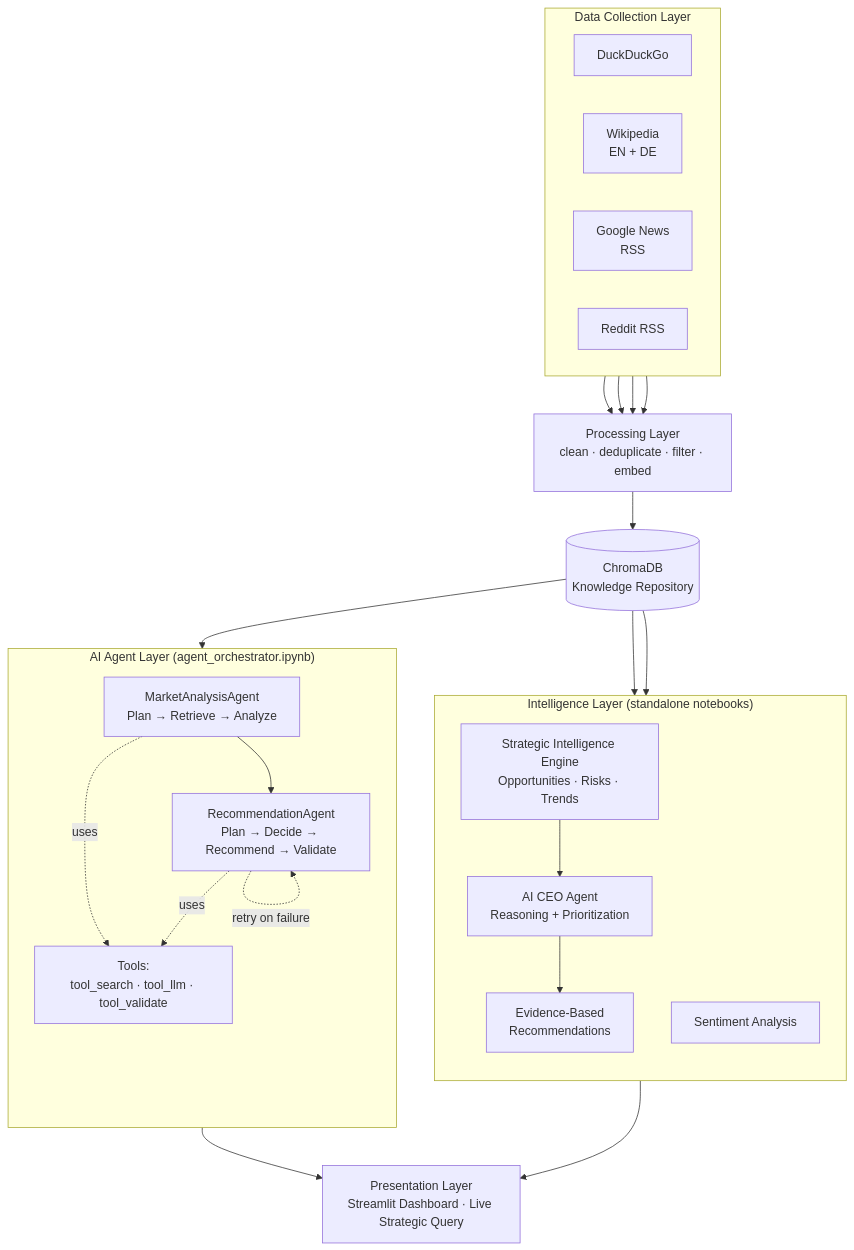
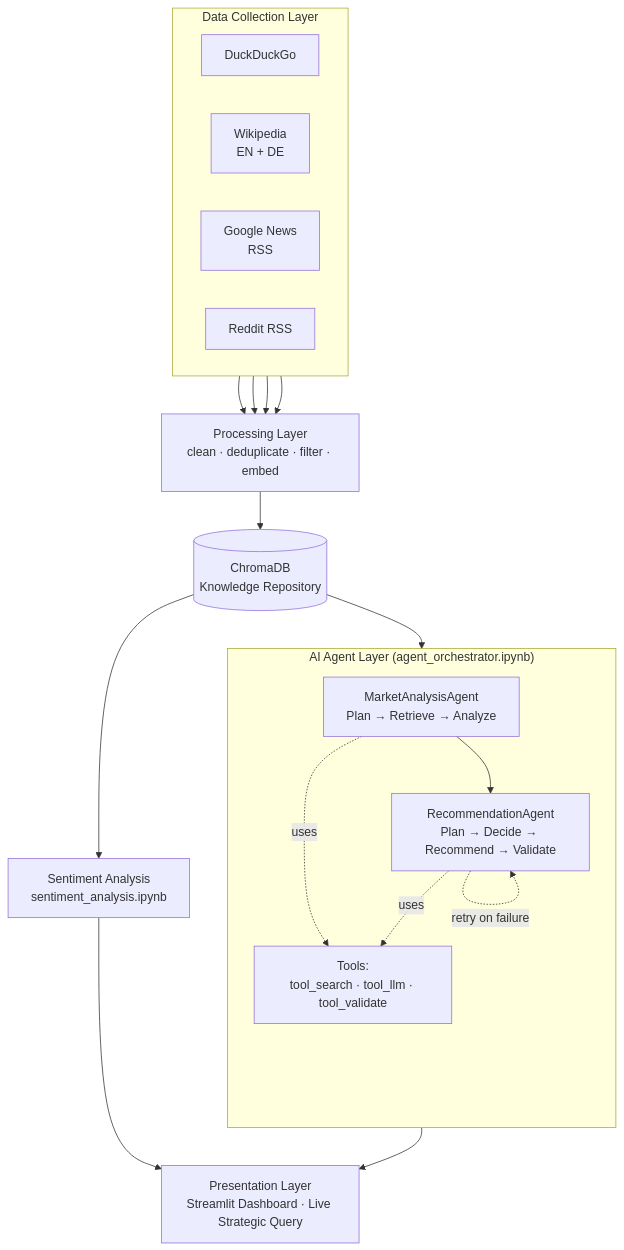
Before and after one commit to namrata1104/NLP-project: the first of 2 diagrams in README.md, drawn with Mermaid. The commit also changed other lines of this file and 1 other file, not shown here.

````diff
--- a/README.md
+++ b/README.md
@@ -43,43 +43,35 @@
 ```mermaid
 flowchart TB
     subgraph Collection["Data Collection Layer"]
         direction LR
         A1[DuckDuckGo]
         A2[Wikipedia<br/>EN + DE]
         A3[Google News<br/>RSS]
         A4[Reddit RSS]
     end
 
     Processing["Processing Layer<br/>clean · deduplicate · filter · embed"]
 
     C1[(ChromaDB<br/>Knowledge Repository)]
 
-    subgraph Intelligence["Intelligence Layer (standalone notebooks)"]
-        direction TB
-        D2[Strategic Intelligence Engine<br/>Opportunities · Risks · Trends]
-        D3[AI CEO Agent<br/>Reasoning + Prioritization]
-        D4[Evidence-Based<br/>Recommendations]
-        D5[Sentiment Analysis]
-        D2 --> D3 --> D4
-    end
-
     subgraph AgentLayer["AI Agent Layer (agent_orchestrator.ipynb)"]
         direction TB
         F4[MarketAnalysisAgent<br/>Plan → Retrieve → Analyze]
         F5[RecommendationAgent<br/>Plan → Decide → Recommend → Validate]
         Tools[Tools:<br/>tool_search · tool_llm · tool_validate]
         F4 --> F5
         F4 -.uses.-> Tools
         F5 -.uses.-> Tools
         F5 -.retry on failure.-> F5
     end
 
+    Sentiment[Sentiment Analysis<br/>sentiment_analysis.ipynb]
+
     Presentation["Presentation Layer<br/>Streamlit Dashboard · Live Strategic Query"]
 
     A1 & A2 & A3 & A4 --> Processing --> C1
-    C1 --> D2
-    C1 --> D5
     C1 --> F4
-    Intelligence --> Presentation
+    C1 --> Sentiment
     F5 --> Presentation
+    Sentiment --> Presentation
 ```
````
